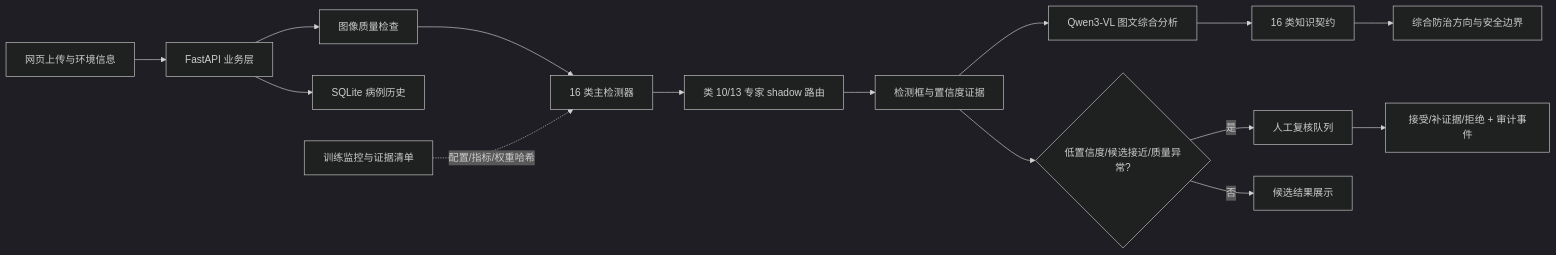
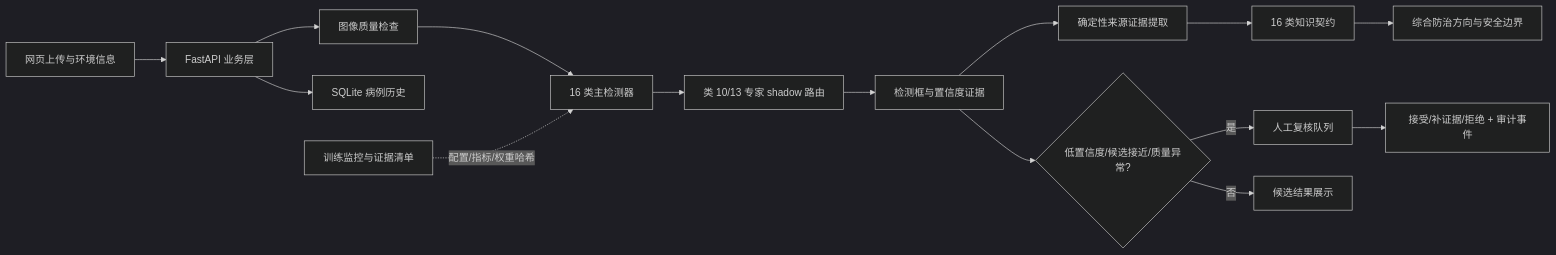
One commit to genghailong8-maker/crop-pest-multimodel-system changed the diagram in docs/competition/architecture-and-innovation.md. Above: the diagram before and after it, drawn with Mermaid (dark theme). The commit also changed other lines of this file and 55 other files, not shown here.

````diff
--- a/docs/competition/architecture-and-innovation.md
+++ b/docs/competition/architecture-and-innovation.md
@@ -11,17 +11,17 @@
 ```mermaid
 flowchart LR
     A[网页上传与环境信息] --> B[FastAPI 业务层]
     B --> C[图像质量检查]
     C --> D[16 类主检测器]
     D --> E[类 10/13 专家 shadow 路由]
     E --> F[检测框与置信度证据]
-    F --> V[Qwen3-VL 图文综合分析]
+    F --> V[确定性来源证据提取]
     V --> G[16 类知识契约]
     G --> H[综合防治方向与安全边界]
     F --> I{低置信度/候选接近/质量异常?}
     I -->|是| J[人工复核队列]
     I -->|否| K[候选结果展示]
     J --> L[接受/补证据/拒绝 + 审计事件]
     B --> M[SQLite 病例历史]
     N[训练监控与证据清单] -.配置/指标/权重哈希.-> D
 ```
````
